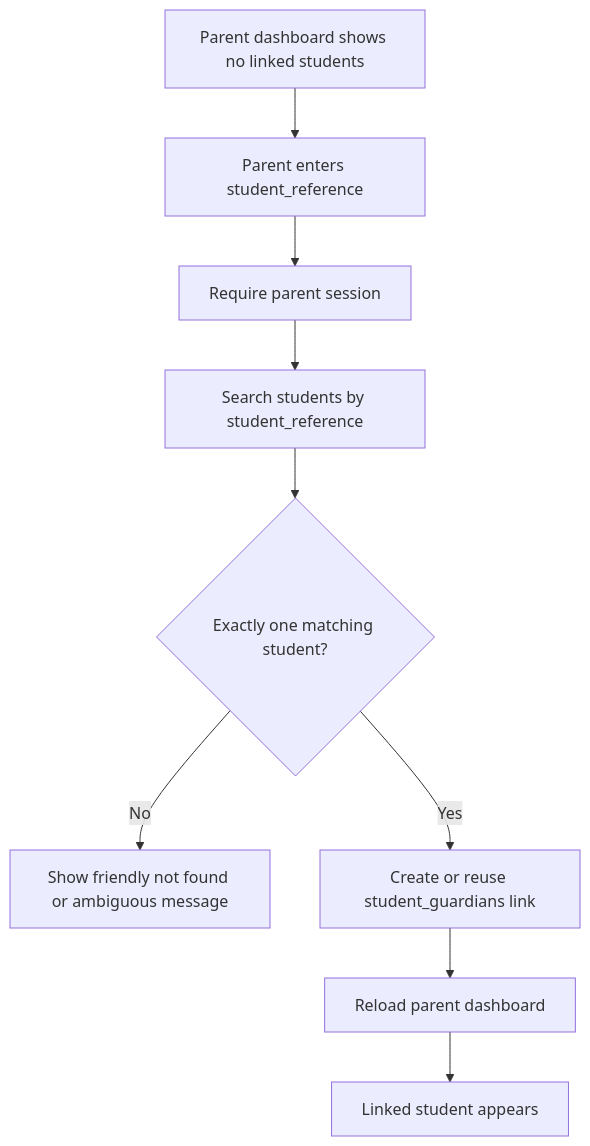
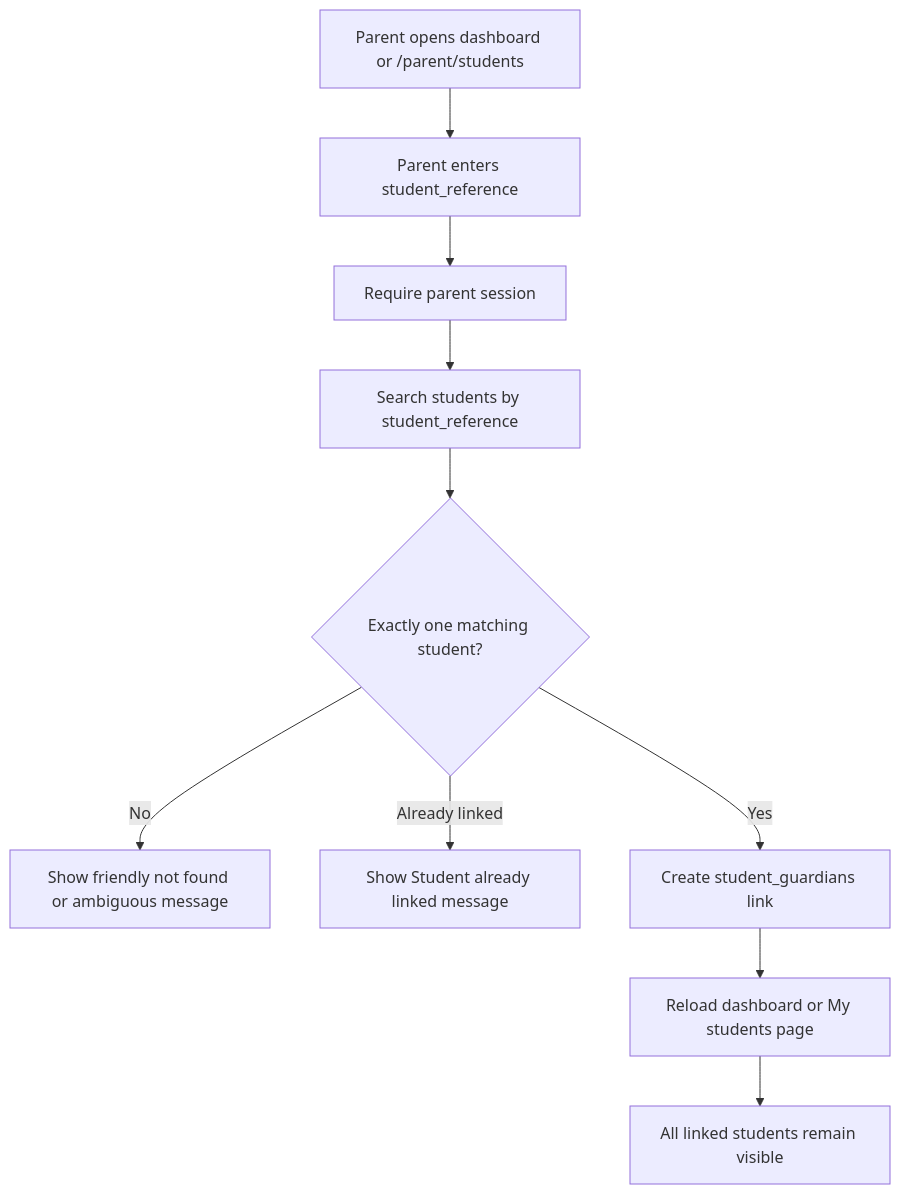
One commit to Xeyn19/xmetapay changed the ninth of 17 diagrams in docs/PROJECT_FLOWCHARTS.md. Above: the diagram before and after it, drawn with Mermaid. The commit also changed other lines of this file and 18 other files, not shown here.

````diff
--- a/docs/PROJECT_FLOWCHARTS.md
+++ b/docs/PROJECT_FLOWCHARTS.md
@@ -307,11 +309,12 @@
 ```mermaid
 flowchart TD
-  A["Parent dashboard shows no linked students"] --> B["Parent enters student_reference"]
+  A["Parent opens dashboard or /parent/students"] --> B["Parent enters student_reference"]
   B --> C["Require parent session"]
   C --> D["Search students by student_reference"]
   D --> E{"Exactly one matching student?"}
   E -->|No| F["Show friendly not found or ambiguous message"]
-  E -->|Yes| G["Create or reuse student_guardians link"]
-  G --> H["Reload parent dashboard"]
-  H --> I["Linked student appears"]
+  E -->|Already linked| G["Show Student already linked message"]
+  E -->|Yes| H["Create student_guardians link"]
+  H --> I["Reload dashboard or My students page"]
+  I --> J["All linked students remain visible"]
 ```
````
